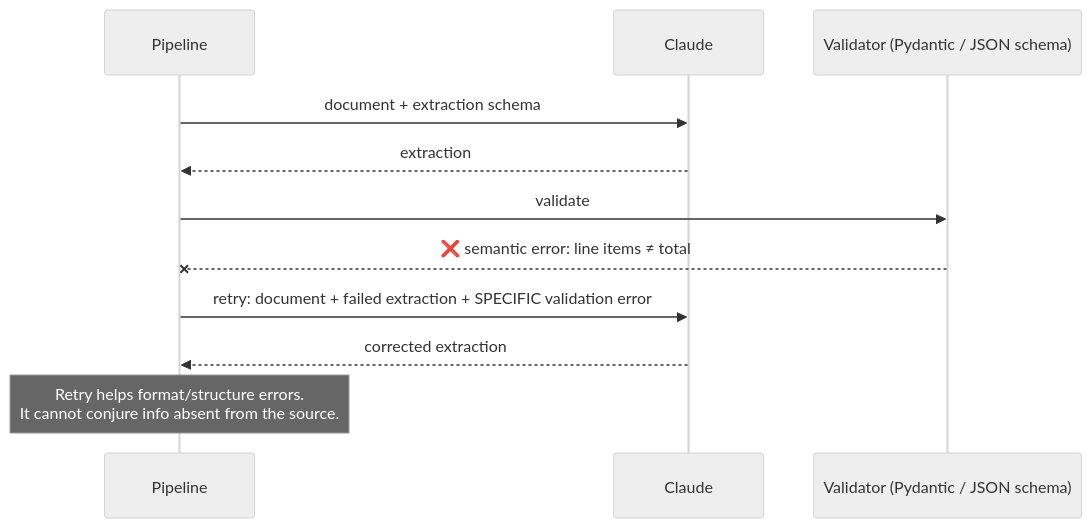
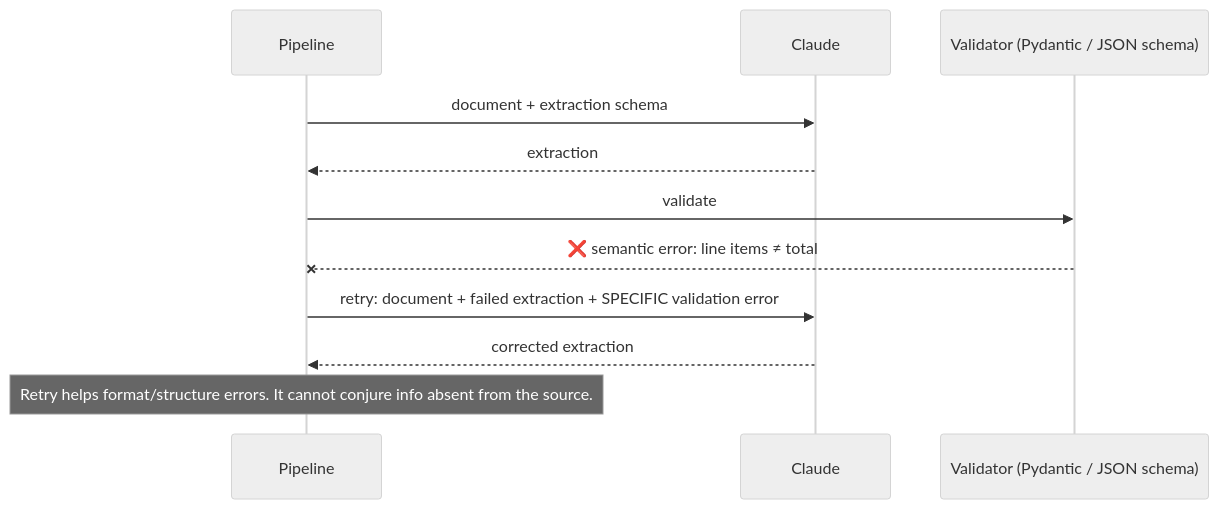
One commit to parmar-m/claude-architect-certification-prep changed the second of 4 diagrams in CCA-F/domains/d4-prompting-structured-output.md. Above: the diagram before and after it, drawn with Mermaid (neutral theme). The commit also changed other lines of this file and 25 other files, not shown here.

````diff
--- a/CCA-F/domains/d4-prompting-structured-output.md
+++ b/CCA-F/domains/d4-prompting-structured-output.md
@@ -90,13 +90,13 @@
 ```mermaid
 sequenceDiagram
     participant P as Pipeline
     participant C as Claude
     participant V as Validator (Pydantic / JSON schema)
     P->>C: document + extraction schema
     C-->>P: extraction
     P->>V: validate
     V--xP: ❌ semantic error: line items ≠ total
     P->>C: retry: document + failed extraction + SPECIFIC validation error
     C-->>P: corrected extraction
-    Note over P: Retry helps format/structure errors.<br/>It cannot conjure info absent from the source.
+    Note over P: Retry helps format/structure errors. It cannot conjure info absent from the source.
 ```
````
